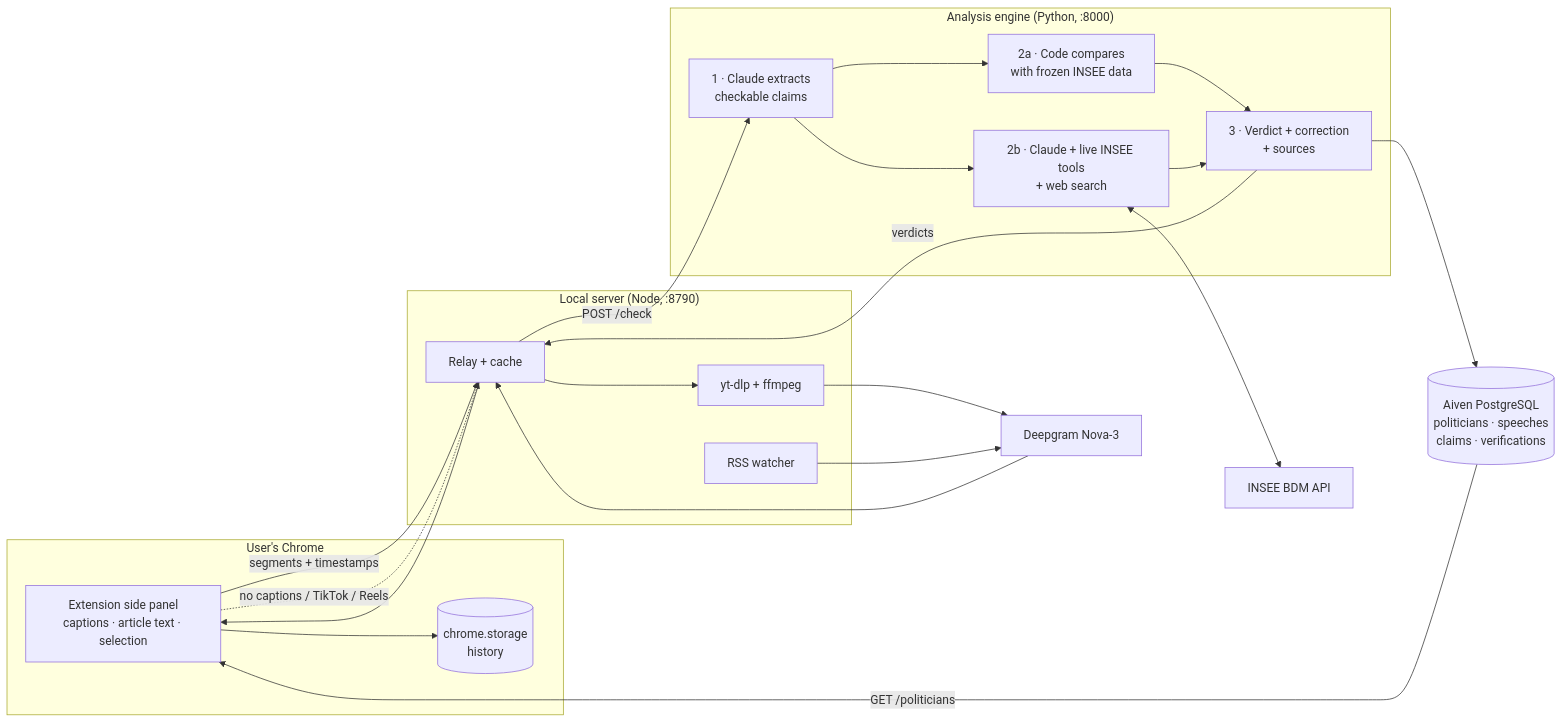
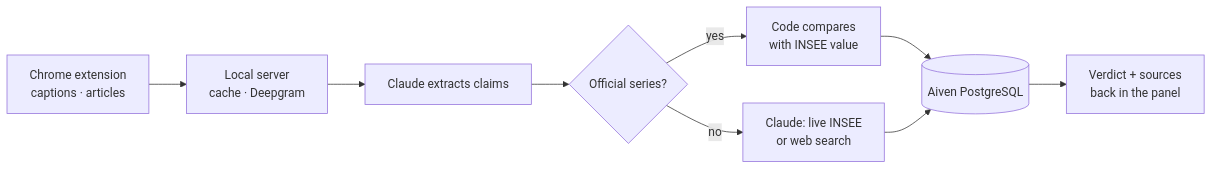
Before and after one commit to Pierreafeu181/Hackathon_factcheck-politique: the diagram in docs/DATA_LAYER.md, drawn with Mermaid. The commit also changed other lines of this file, not shown here.

````diff
--- a/docs/DATA_LAYER.md
+++ b/docs/DATA_LAYER.md
@@ -31,31 +9,11 @@
 ```mermaid
 flowchart LR
-  subgraph Browser["User's Chrome"]
-    EXT["Extension side panel<br/>captions · article text · selection"]
-    HIST[("chrome.storage<br/>history")]
-  end
-  subgraph Mac["Local server (Node, :8790)"]
-    NODE["Relay + cache"]
-    YTDLP["yt-dlp + ffmpeg"]
-    RSS["RSS watcher"]
-  end
-  subgraph Engine["Analysis engine (Python, :8000)"]
-    EXTRACT["1 · Claude extracts<br/>checkable claims"]
-    REF["2a · Code compares<br/>with frozen INSEE data"]
-    LIVE["2b · Claude + live INSEE tools<br/>+ web search"]
-    MAP["3 · Verdict + correction<br/>+ sources"]
-  end
-  DG["Deepgram Nova-3"]
-  INSEE["INSEE BDM API"]
-  PG[("Aiven PostgreSQL<br/>politicians · speeches<br/>claims · verifications")]
-
-  EXT -- "segments + timestamps" --> NODE
-  EXT -. "no captions / TikTok / Reels" .-> NODE --> YTDLP --> DG --> NODE
-  RSS --> DG
-  NODE -- "POST /check" --> EXTRACT --> REF --> MAP
-  EXTRACT --> LIVE --> MAP
-  LIVE <--> INSEE
-  MAP --> PG
-  MAP -- "verdicts" --> NODE --> EXT --> HIST
-  PG -- "GET /politicians" --> EXT
+  A[Chrome extension<br/>captions · articles] --> B[Local server<br/>cache · Deepgram]
+  B --> C[Claude extracts claims]
+  C --> D{Official series?}
+  D -- yes --> E[Code compares<br/>with INSEE value]
+  D -- no --> F[Claude: live INSEE<br/>or web search]
+  E --> G[(Aiven PostgreSQL)]
+  F --> G
+  G --> H[Verdict + sources<br/>back in the panel]
 ```
````
